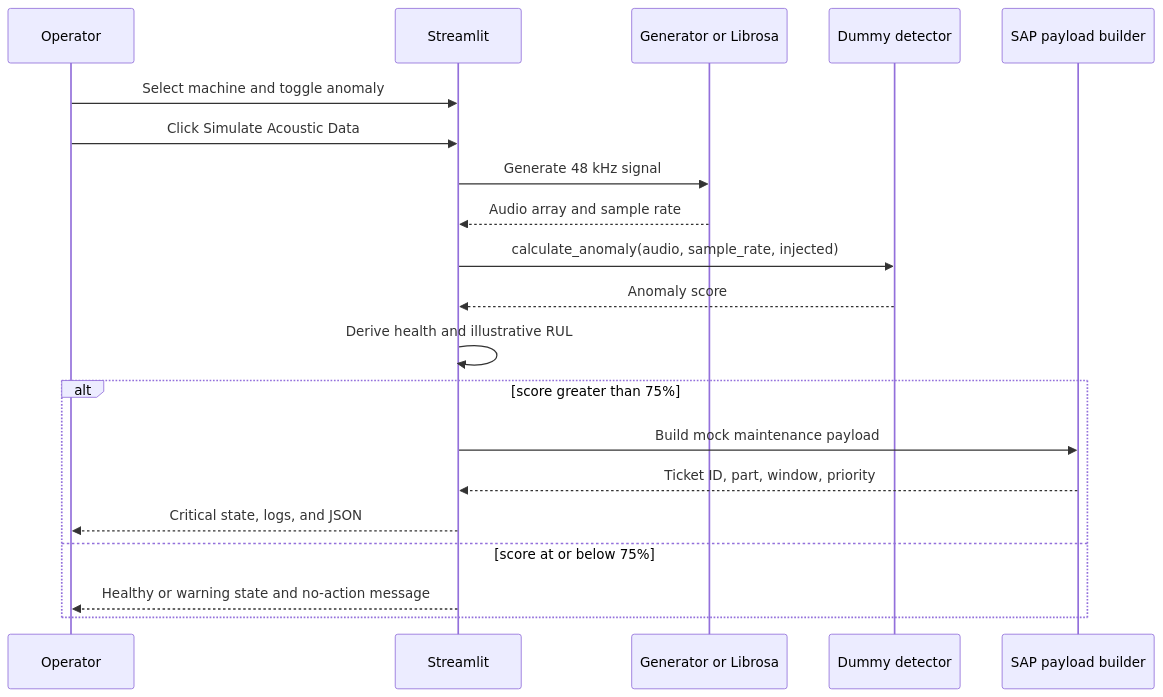
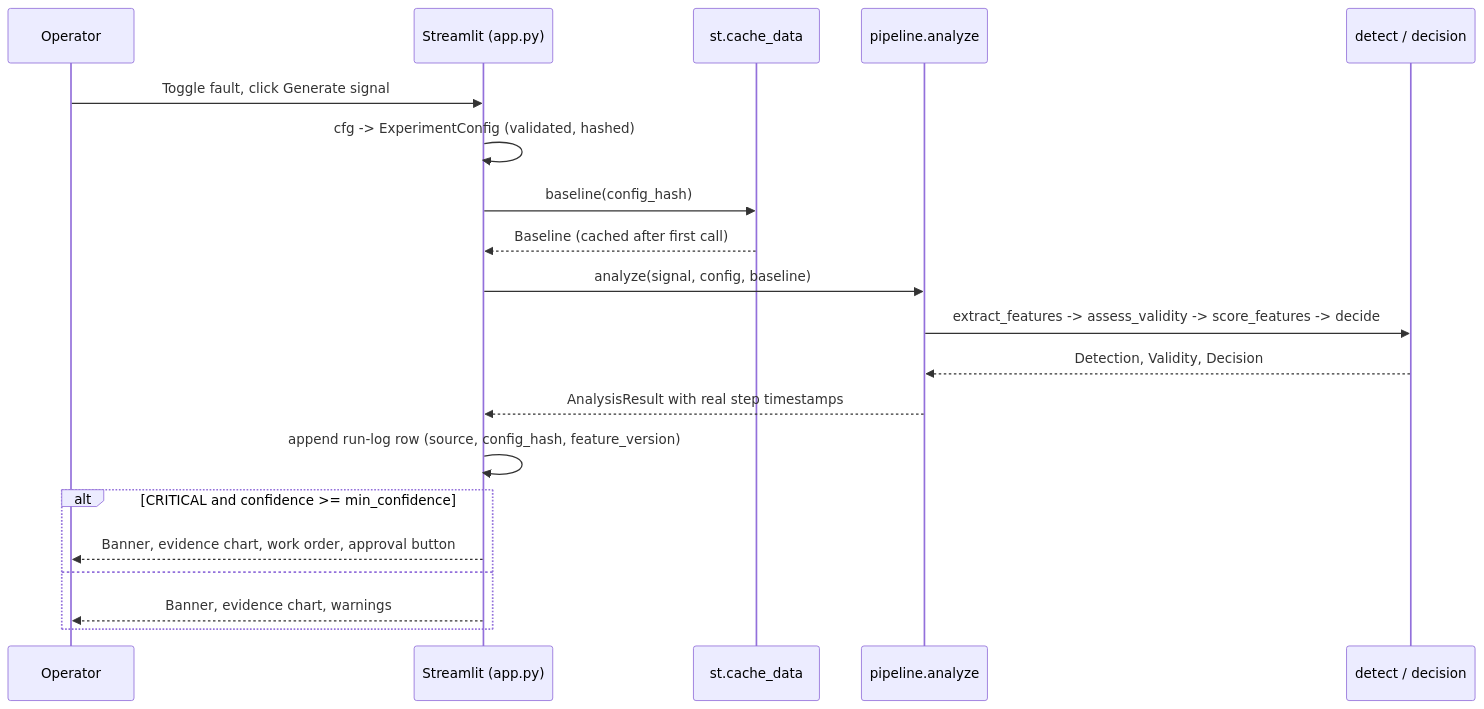
Before and after one commit to lalitsonawane/acoustic-diagnostic-agent-mvp: the second of 3 diagrams in docs/architecture.md, drawn with Mermaid. The commit also changed other lines of this file and 37 other files, not shown here.

First line of the commit message:
Professionalise MVP: acoustic_agent package, honest detector, experiment tooling (v0.2.0)

````diff
--- a/docs/architecture.md
+++ b/docs/architecture.md
@@ -31,23 +40,23 @@
 ```mermaid
 sequenceDiagram
     participant O as Operator
-    participant S as Streamlit
-    participant G as Generator or Librosa
-    participant D as Dummy detector
-    participant P as SAP payload builder
+    participant S as Streamlit (app.py)
+    participant C as st.cache_data
+    participant P as pipeline.analyze
+    participant D as detect / decision
 
-    O->>S: Select machine and toggle anomaly
-    O->>S: Click Simulate Acoustic Data
-    S->>G: Generate 48 kHz signal
-    G-->>S: Audio array and sample rate
-    S->>D: calculate_anomaly(audio, sample_rate, injected)
-    D-->>S: Anomaly score
-    S->>S: Derive health and illustrative RUL
-    alt score greater than 75%
-        S->>P: Build mock maintenance payload
-        P-->>S: Ticket ID, part, window, priority
-        S-->>O: Critical state, logs, and JSON
-    else score at or below 75%
-        S-->>O: Healthy or warning state and no-action message
+    O->>S: Toggle fault, click Generate signal
+    S->>S: cfg -> ExperimentConfig (validated, hashed)
+    S->>C: baseline(config_hash)
+    C-->>S: Baseline (cached after first call)
+    S->>P: analyze(signal, config, baseline)
+    P->>D: extract_features -> assess_validity -> score_features -> decide
+    D-->>P: Detection, Validity, Decision
+    P-->>S: AnalysisResult with real step timestamps
+    S->>S: append run-log row (source, config_hash, feature_version)
+    alt CRITICAL and confidence >= min_confidence
+        S-->>O: Banner, evidence chart, work order, approval button
+    else
+        S-->>O: Banner, evidence chart, warnings
     end
 ```
````
